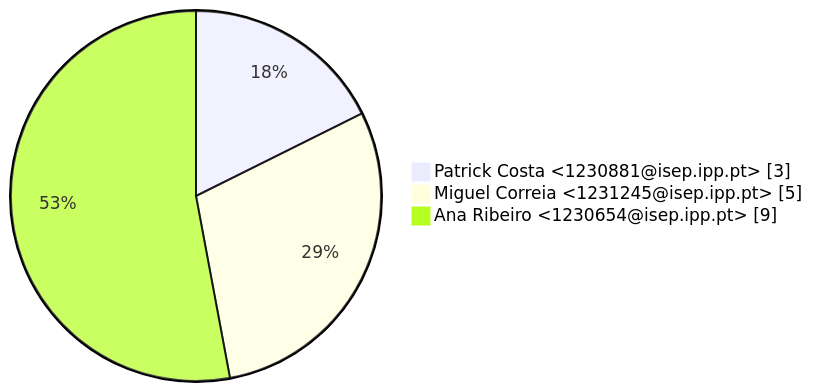
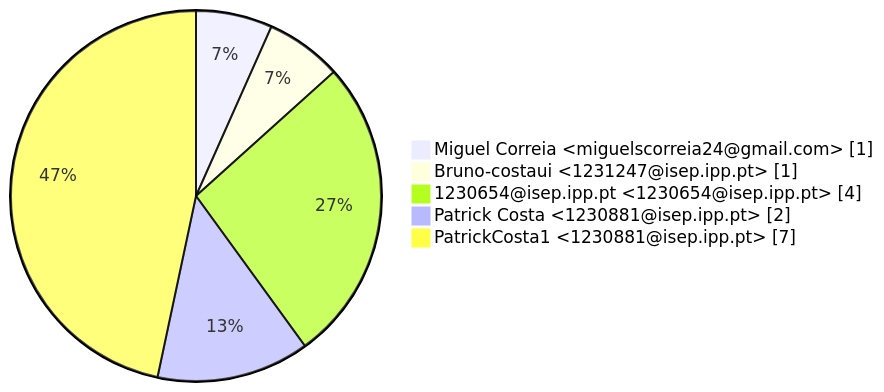
Before and after one commit to PatrickCosta1/LSIS1_Grupo_7_GitHub: the first of 3 diagrams in GitAnalysis/Sprint_1/Contributions.md, drawn with Mermaid. The commit also changed other lines of this file and 1 other file, not shown here.

````diff
--- a/GitAnalysis/Sprint_1/Contributions.md
+++ b/GitAnalysis/Sprint_1/Contributions.md
@@ -9,6 +11,8 @@
 ```mermaid
 pie showData
-    " Patrick Costa <1230881@isep.ipp.pt>" : 3
-    " Miguel Correia <1231245@isep.ipp.pt>" : 5
-    " Ana Ribeiro <1230654@isep.ipp.pt>" : 9
+    " Miguel Correia <miguelscorreia24@gmail.com>" : 1
+    " Bruno-costaui <1231247@isep.ipp.pt>" : 1
+    " 1230654@isep.ipp.pt <1230654@isep.ipp.pt>" : 4
+    " Patrick Costa <1230881@isep.ipp.pt>" : 2
+    " PatrickCosta1 <1230881@isep.ipp.pt>" : 7
 ```
````
